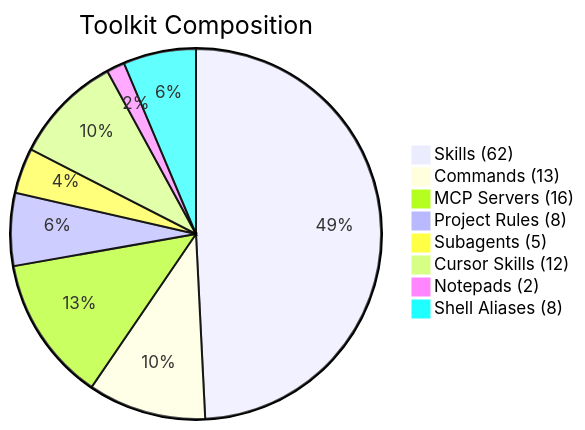
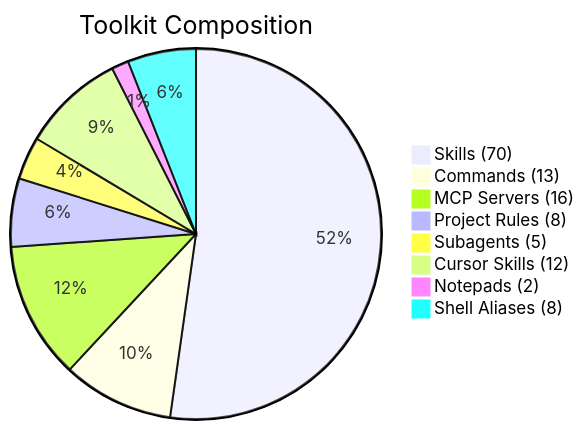
The second of 12 diagrams in README.md (kensaurus/cursor-kenji), drawn with Mermaid before and after one commit. The commit also changed other lines of this file and 4 other files, not shown here.

````diff
--- a/README.md
+++ b/README.md
@@ -175,11 +175,11 @@
 ```mermaid
 pie title Toolkit Composition
-    "Skills (62)" : 62
+    "Skills (70)" : 70
     "Commands (13)" : 13
     "MCP Servers (16)" : 16
     "Project Rules (8)" : 8
     "Subagents (5)" : 5
     "Cursor Skills (12)" : 12
     "Notepads (2)" : 2
     "Shell Aliases (8)" : 8
 ```
````
